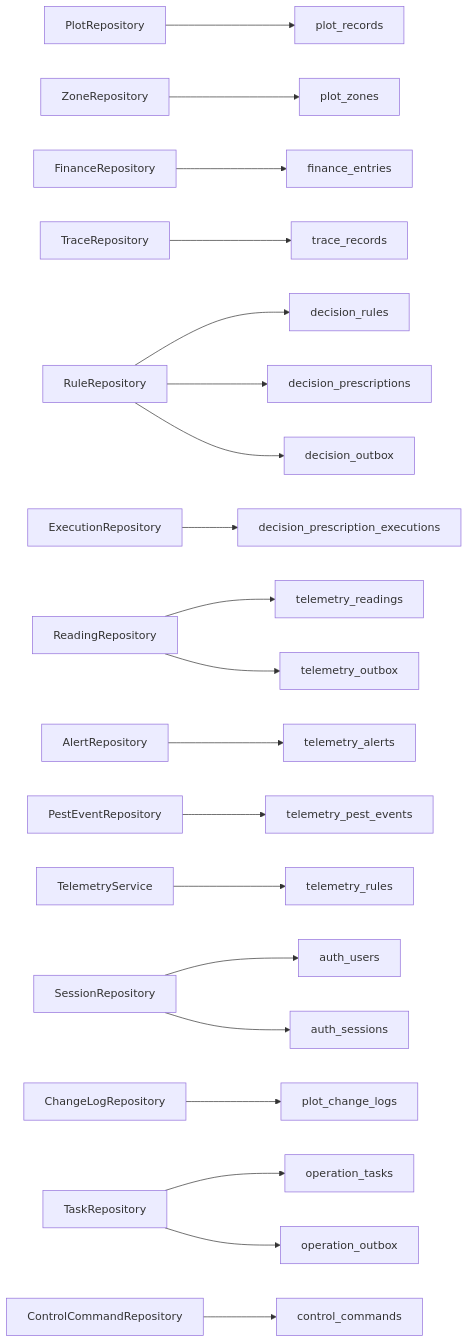
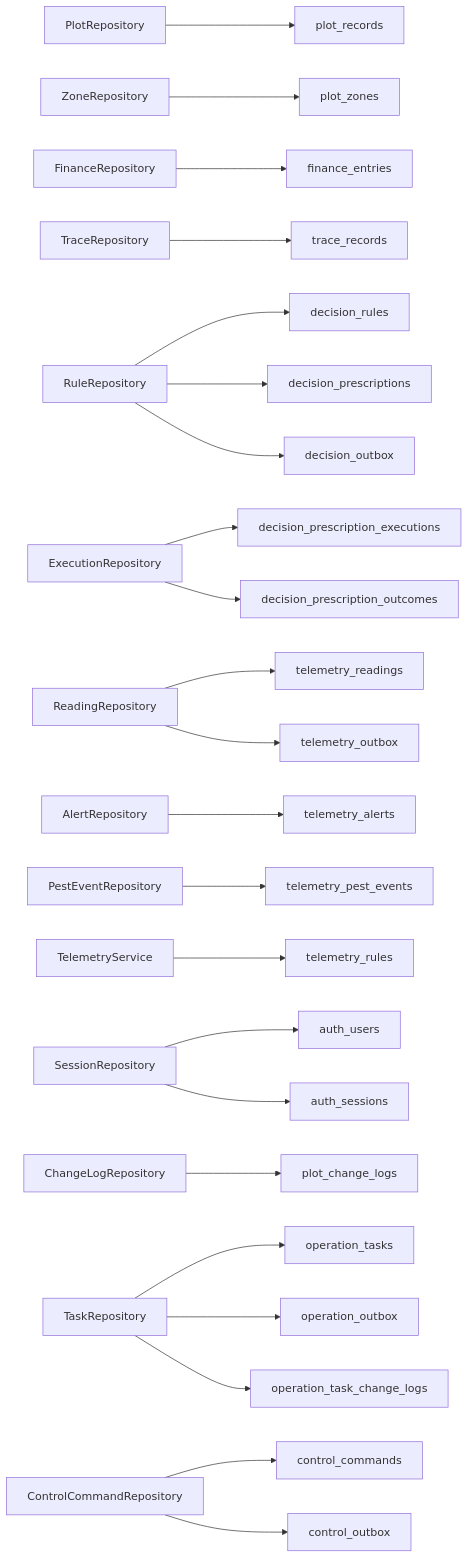
Diagram 17 of 23 in .qoder/repowiki/zh/content/数据库设计/数据库设计.md (q446328246/agri-platform), drawn with Mermaid before and after one commit. The commit also changed other lines of this file and 48 other files, not shown here.

````diff
--- a/.qoder/repowiki/zh/content/数据库设计/数据库设计.md
+++ b/.qoder/repowiki/zh/content/数据库设计/数据库设计.md
@@ -1221,22 +1366,25 @@
 ```mermaid
 graph LR
 PR["PlotRepository"] --> T1["plot_records"]
 ZR["ZoneRepository"] --> T16["plot_zones"]
 FR["FinanceRepository"] --> T2["finance_entries"]
 TR["TraceRepository"] --> T3["trace_records"]
 RR["RuleRepository"] --> T4["decision_rules"]
 RR --> T5["decision_prescriptions"]
-RR --> T9["decision_outbox"]
+RR --> T10["decision_outbox"]
 ER["ExecutionRepository"] --> T6["decision_prescription_executions"]
-RL["ReadingRepository"] --> T7["telemetry_readings"]
-AL["AlertRepository"] --> T8["telemetry_alerts"]
-RL --> T10["telemetry_outbox"]
-PE["PestEventRepository"] --> T14["telemetry_pest_events"]
-TRU["TelemetryService"] --> T13["telemetry_rules"]
-SR["SessionRepository"] --> T11["auth_users"]
-SR --> T12["auth_sessions"]
-CLR["ChangeLogRepository"] --> T17["plot_change_logs"]
-TSR["TaskRepository"] --> T18["operation_tasks"]
-TSR --> T19["operation_outbox"]
-CCR["ControlCommandRepository"] --> T20["control_commands"]
+ER --> T7["decision_prescription_outcomes"]
+RL["ReadingRepository"] --> T8["telemetry_readings"]
+AL["AlertRepository"] --> T9["telemetry_alerts"]
+RL --> T11["telemetry_outbox"]
+PE["PestEventRepository"] --> T15["telemetry_pest_events"]
+TRU["TelemetryService"] --> T14["telemetry_rules"]
+SR["SessionRepository"] --> T12["auth_users"]
+SR --> T13["auth_sessions"]
+CLR["ChangeLogRepository"] --> T18["plot_change_logs"]
+TSR["TaskRepository"] --> T19["operation_tasks"]
+TSR --> T20["operation_outbox"]
+TSR --> T23["operation_task_change_logs"]
+CCR["ControlCommandRepository"] --> T21["control_commands"]
+CCR --> T22["control_outbox"]
 ```
````
